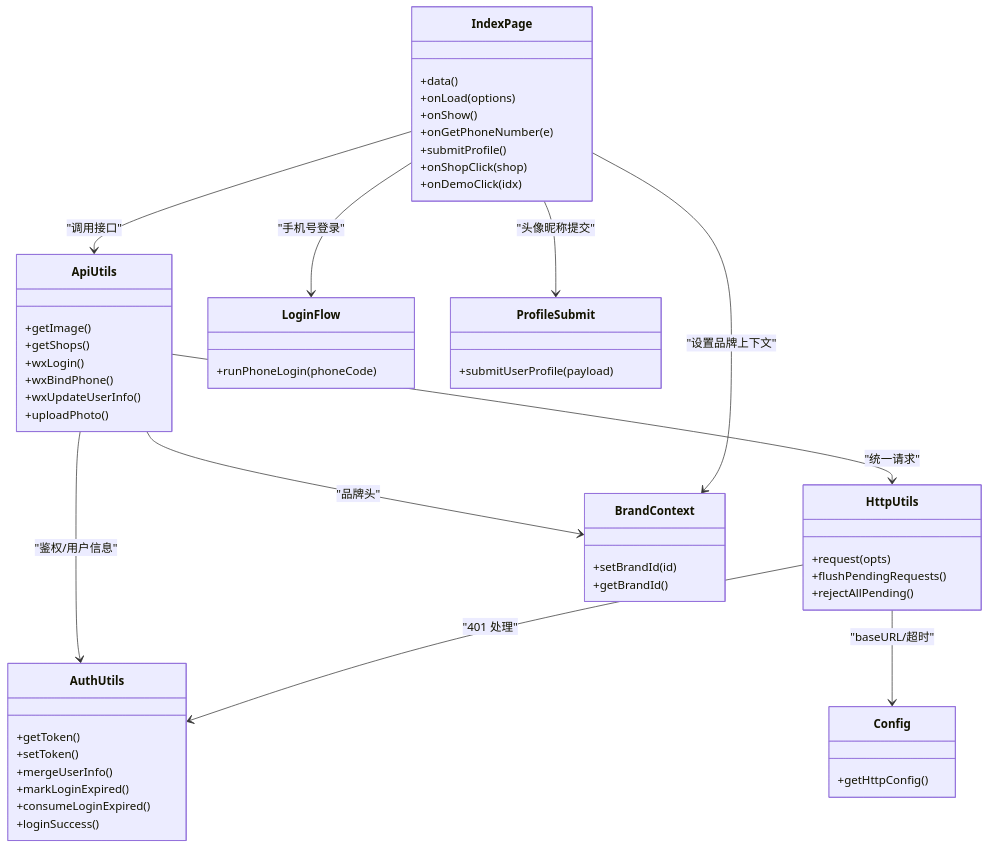
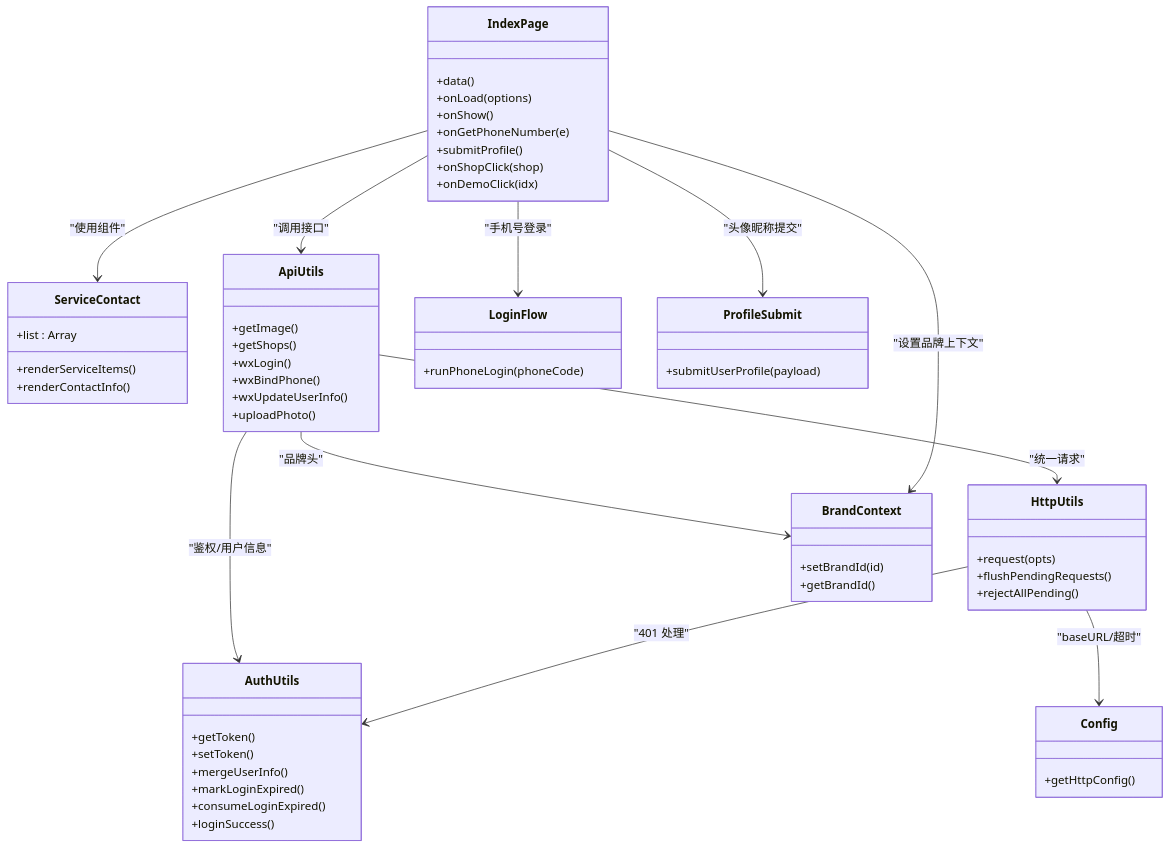
Before and after one commit to crazyma99/blueberry: the fourth of 4 diagrams in .qoder/repowiki/zh/content/核心功能模块/主页入口增强.md, drawn with Mermaid. The commit also changed other lines of this file and 14 other files, not shown here.

````diff
--- a/.qoder/repowiki/zh/content/核心功能模块/主页入口增强.md
+++ b/.qoder/repowiki/zh/content/核心功能模块/主页入口增强.md
@@ -259,55 +303,61 @@
 ```mermaid
 classDiagram
 class IndexPage {
 +data()
 +onLoad(options)
 +onShow()
 +onGetPhoneNumber(e)
 +submitProfile()
 +onShopClick(shop)
 +onDemoClick(idx)
+}
+class ServiceContact {
++list : Array
++renderServiceItems()
++renderContactInfo()
 }
 class ApiUtils {
 +getImage()
 +getShops()
 +wxLogin()
 +wxBindPhone()
 +wxUpdateUserInfo()
 +uploadPhoto()
 }
 class HttpUtils {
 +request(opts)
 +flushPendingRequests()
 +rejectAllPending()
 }
 class AuthUtils {
 +getToken()
 +setToken()
 +mergeUserInfo()
 +markLoginExpired()
 +consumeLoginExpired()
 +loginSuccess()
 }
 class LoginFlow {
 +runPhoneLogin(phoneCode)
 }
 class ProfileSubmit {
 +submitUserProfile(payload)
 }
 class BrandContext {
 +setBrandId(id)
 +getBrandId()
 }
 class Config {
 +getHttpConfig()
 }
+IndexPage --> ServiceContact : "使用组件"
 IndexPage --> ApiUtils : "调用接口"
 ApiUtils --> HttpUtils : "统一请求"
 ApiUtils --> AuthUtils : "鉴权/用户信息"
 ApiUtils --> BrandContext : "品牌头"
 HttpUtils --> AuthUtils : "401 处理"
 HttpUtils --> Config : "baseURL/超时"
 IndexPage --> LoginFlow : "手机号登录"
 IndexPage --> ProfileSubmit : "头像昵称提交"
 IndexPage --> BrandContext : "设置品牌上下文"
 ```
````
